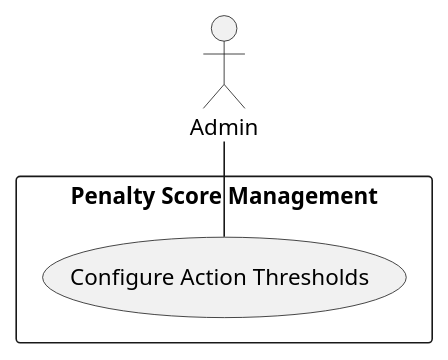
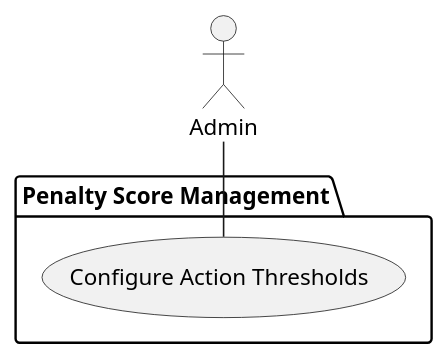
Before and after one commit to bmb0136/COMP-3700-Project: the diagram in Use Cases/ConfigureActionThresholds.iuml, drawn with PlantUML. The commit also changed 24 other files, not shown here.

```diff
--- a/Use Cases/ConfigureActionThresholds.iuml
+++ b/Use Cases/ConfigureActionThresholds.iuml
@@ -1,7 +1,7 @@
 @startuml Configure Action Thresholds
 actor :Admin:
-rectangle "Penalty Score Management" {
+package "Penalty Score Management" {
   (Configure Action Thresholds) as ConfActThr
 }
 Admin -- ConfActThr
 @enduml
```
